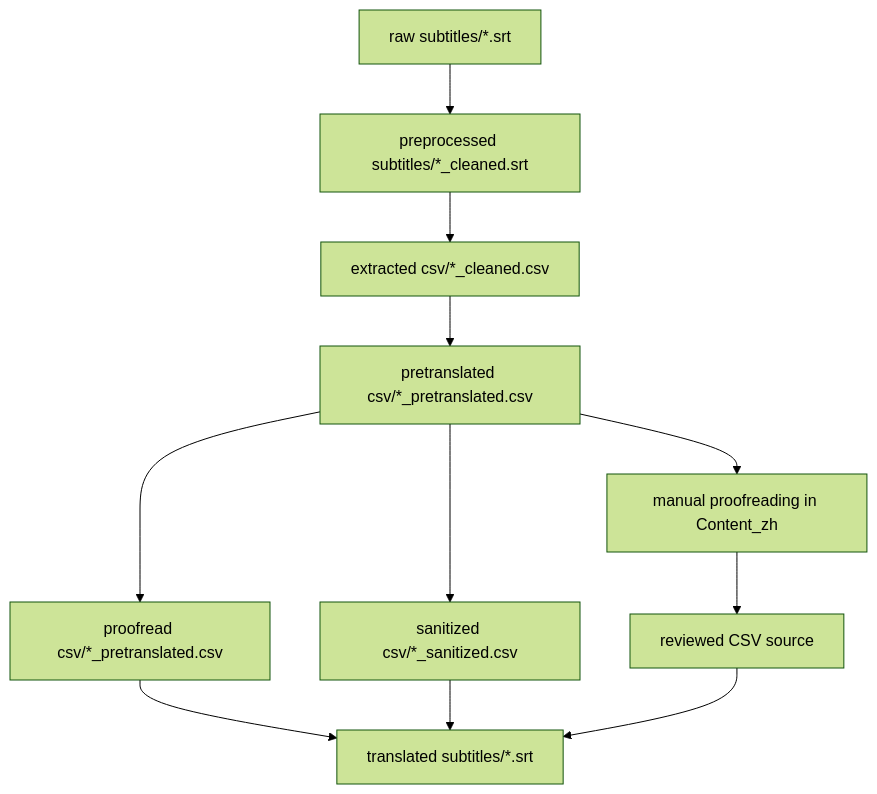
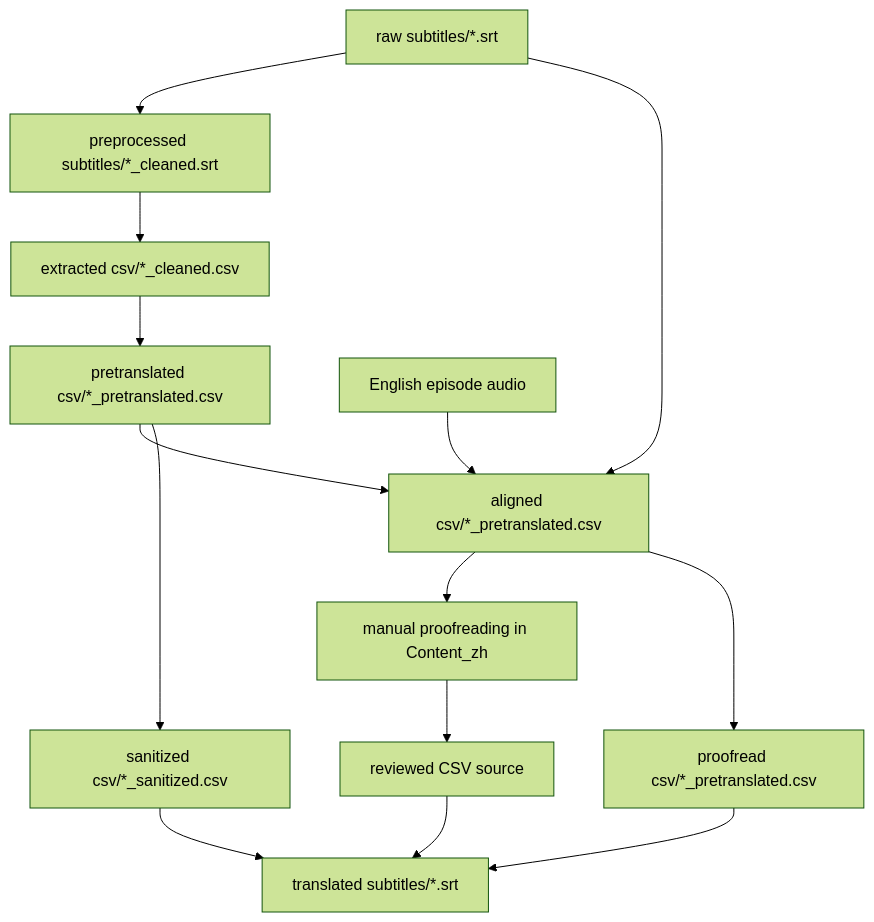
Before and after one commit to dklassic/DoubleFineAdventureZHTranslationProject: the diagram in readme.md, drawn with Mermaid (forest theme). The commit also changed other lines of this file and 41 other files, not shown here.

````diff
--- a/readme.md
+++ b/readme.md
@@ -42,13 +44,16 @@
 ```mermaid
 graph TD;
     RawSubtitles[raw subtitles/*.srt] --> PreprocessedSubtitles[preprocessed subtitles/*_cleaned.srt];
     PreprocessedSubtitles --> ExtractedCSV[extracted csv/*_cleaned.csv];
     ExtractedCSV --> PretranslatedCSV[pretranslated csv/*_pretranslated.csv];
-    PretranslatedCSV --> ManualProofreading[manual proofreading in Content_zh];
-    PretranslatedCSV --> ProofreadCSV[proofread csv/*_pretranslated.csv];
+    PretranslatedCSV --> AlignedCSV[aligned csv/*_pretranslated.csv];
+    EpisodeAudio[English episode audio] --> AlignedCSV;
+    RawSubtitles --> AlignedCSV;
+    AlignedCSV --> ManualProofreading[manual proofreading in Content_zh];
+    AlignedCSV --> ProofreadCSV[proofread csv/*_pretranslated.csv];
     PretranslatedCSV --> SanitizedCSV[sanitized csv/*_sanitized.csv];
     ManualProofreading --> FinalCSV[reviewed CSV source];
     ProofreadCSV --> FinalSRT[translated subtitles/*.srt];
     SanitizedCSV --> FinalSRT;
     FinalCSV --> FinalSRT;
 ```
````
